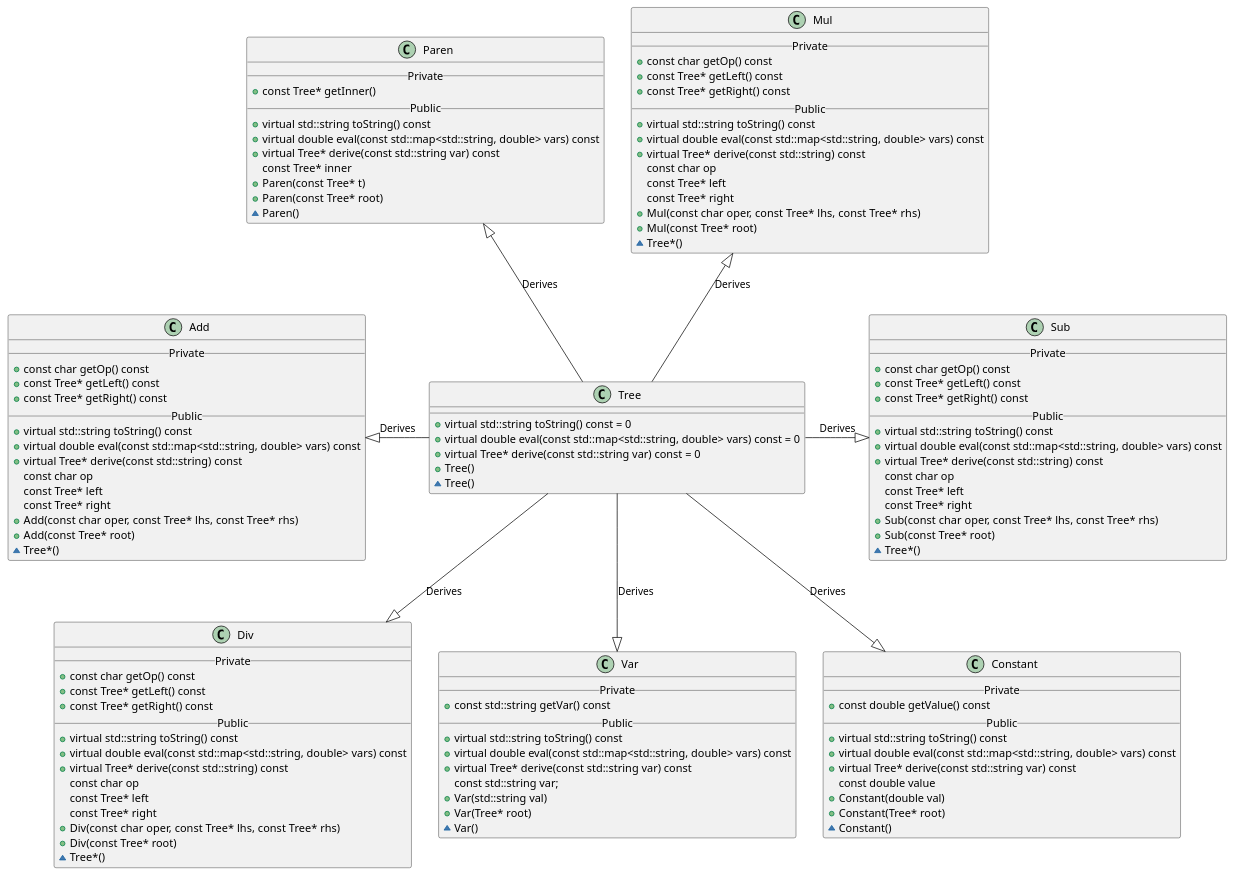
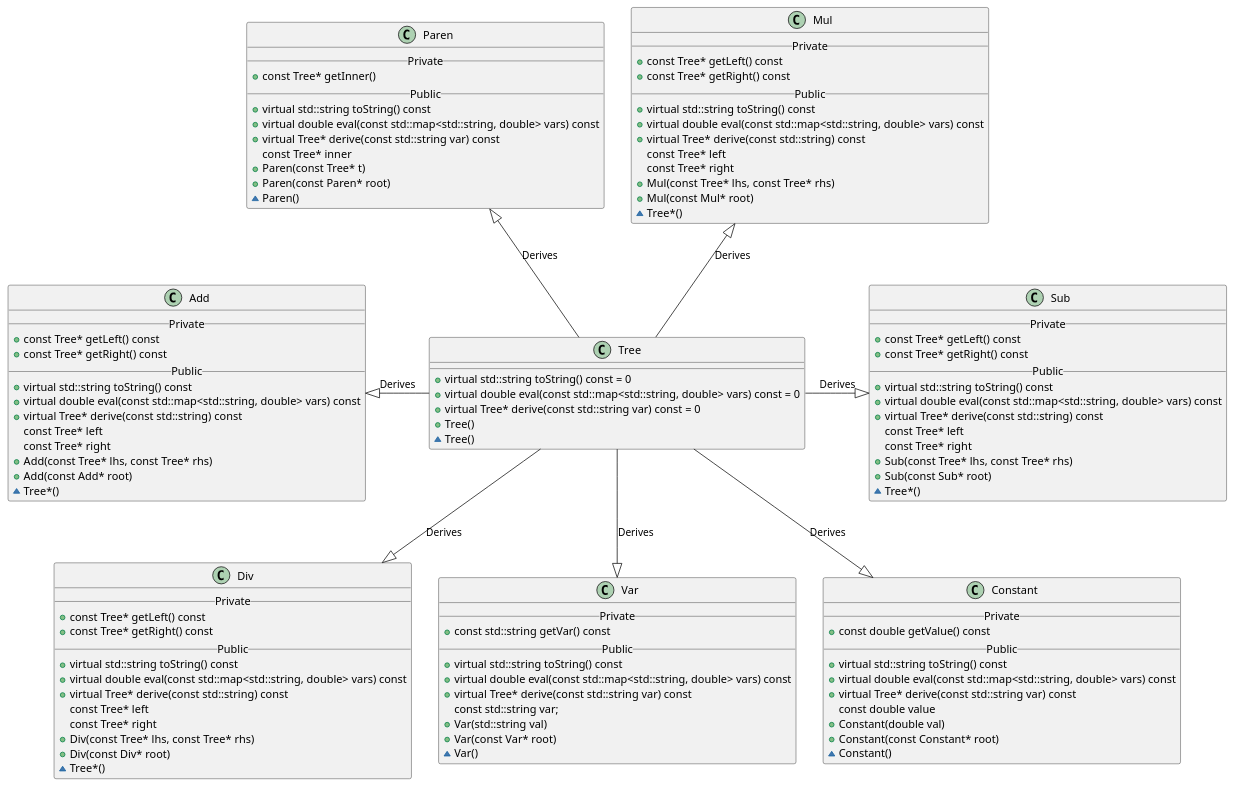
Before and after one commit to zacmcnulty123/CPP_grad_school: the diagram in expression_tree/expression_tree.puml, drawn with PlantUML. The commit also changed 4 other files, not shown here.

```diff
--- a/expression_tree/expression_tree.puml
+++ b/expression_tree/expression_tree.puml
@@ -1,125 +1,117 @@
 @startuml
 
 class Tree {
   +virtual std::string toString() const = 0
   +virtual double eval(const std::map<std::string, double> vars) const = 0
   +virtual Tree* derive(const std::string var) const = 0
   +Tree()
   ~Tree()
 }
 
 class Add {
   __Private__
-  +const char getOp() const
   +const Tree* getLeft() const
   +const Tree* getRight() const
   __Public__
   +virtual std::string toString() const
   +virtual double eval(const std::map<std::string, double> vars) const
   +virtual Tree* derive(const std::string) const
-  const char op
   const Tree* left
   const Tree* right
-  +Add(const char oper, const Tree* lhs, const Tree* rhs)
-  +Add(const Tree* root)
+  +Add(const Tree* lhs, const Tree* rhs)
+  +Add(const Add* root)
   ~Tree*()
 }
 
 class Sub {
   __Private__
-  +const char getOp() const
   +const Tree* getLeft() const
   +const Tree* getRight() const
   __Public__
   +virtual std::string toString() const
   +virtual double eval(const std::map<std::string, double> vars) const
   +virtual Tree* derive(const std::string) const
-  const char op
   const Tree* left
   const Tree* right
-  +Sub(const char oper, const Tree* lhs, const Tree* rhs)
-  +Sub(const Tree* root)
+  +Sub(const Tree* lhs, const Tree* rhs)
+  +Sub(const Sub* root)
   ~Tree*()
 }
 
 class Mul {
   __Private__
-  +const char getOp() const
   +const Tree* getLeft() const
   +const Tree* getRight() const
   __Public__
   +virtual std::string toString() const
   +virtual double eval(const std::map<std::string, double> vars) const
   +virtual Tree* derive(const std::string) const
-  const char op
   const Tree* left
   const Tree* right
-  +Mul(const char oper, const Tree* lhs, const Tree* rhs)
-  +Mul(const Tree* root)
+  +Mul(const Tree* lhs, const Tree* rhs)
+  +Mul(const Mul* root)
   ~Tree*()
 }
 
 class Div {
   __Private__
-  +const char getOp() const
   +const Tree* getLeft() const
   +const Tree* getRight() const
   __Public__
   +virtual std::string toString() const
   +virtual double eval(const std::map<std::string, double> vars) const
   +virtual Tree* derive(const std::string) const
-  const char op
   const Tree* left
   const Tree* right
-  +Div(const char oper, const Tree* lhs, const Tree* rhs)
-  +Div(const Tree* root)
+  +Div(const Tree* lhs, const Tree* rhs)
+  +Div(const Div* root)
   ~Tree*()
 }
 
 class Paren {
   __Private__
   +const Tree* getInner()
   __Public__
   +virtual std::string toString() const
   +virtual double eval(const std::map<std::string, double> vars) const
   +virtual Tree* derive(const std::string var) const
   const Tree* inner
   +Paren(const Tree* t)
-  +Paren(const Tree* root)
+  +Paren(const Paren* root)
   ~Paren()
 }
 
 class Var {
   __Private__
   +const std::string getVar() const
   __Public__
   +virtual std::string toString() const
   +virtual double eval(const std::map<std::string, double> vars) const
   +virtual Tree* derive(const std::string var) const
   const std::string var;
   +Var(std::string val)
-  +Var(Tree* root)
+  +Var(const Var* root)
   ~Var()
 }
 
 class Constant {
   __Private__
   +const double getValue() const
   __Public__
   +virtual std::string toString() const
   +virtual double eval(const std::map<std::string, double> vars) const
   +virtual Tree* derive(const std::string var) const
   const double value
   +Constant(double val)
-  +Constant(Tree* root)
+  +Constant(const Constant* root)
   ~Constant()
 }
 
 Tree -l-|> Add : Derives
 Tree -r-|> Sub : Derives
 Tree -u-|> Mul : Derives
 Tree -d-|> Div : Derives
 Tree -u-|> Paren : Derives
 Tree --|> Var : Derives
 Tree --|> Constant : Derives
 @enduml
```
